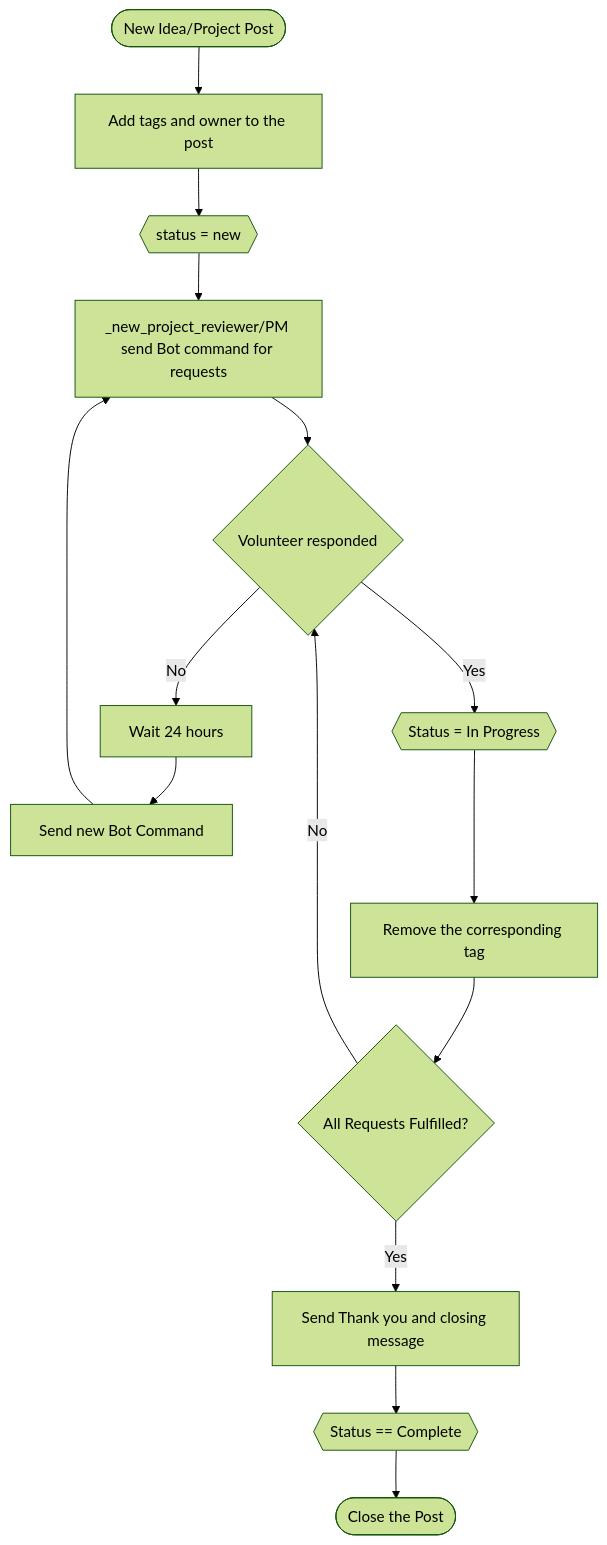
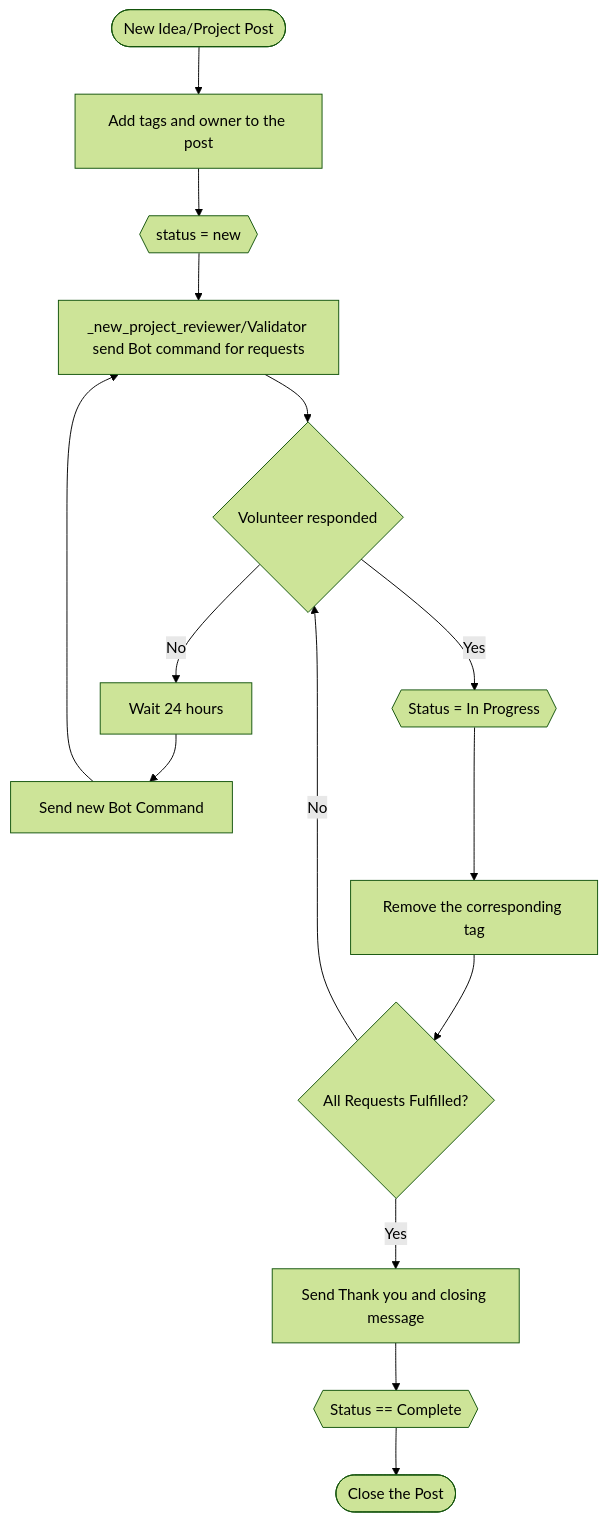
One commit to mudssrali/TFP-policy changed the third of 4 diagrams in README.md. Above: the diagram before and after it, drawn with Mermaid (forest theme). The commit also changed other lines of this file, not shown here.

````diff
--- a/README.md
+++ b/README.md
@@ -36,12 +36,12 @@
 ```mermaid
 flowchart TD
     A([New Idea/Project Post]) --> B[Add tags and owner to the post]
-    B --> C{{status = new}} --> D[_new_project_reviewer/PM send Bot command for requests]
+    B --> C{{status = new}} --> D[_new_project_reviewer/Validator send Bot command for requests]
     D --> E{Volunteer responded} 
     E --> |Yes| F{{Status = In Progress}} ---> G[Remove the corresponding tag]
     E --> |No| H[Wait 24 hours] --> I[Send new Bot Command] --> D
     G --> J{All Requests Fulfilled?}
     J --> |No| E
     J --> |Yes| K[Send Thank you and closing message] --> L{{Status == Complete}} --> Q
     Q([Close the Post])
 ```
````
